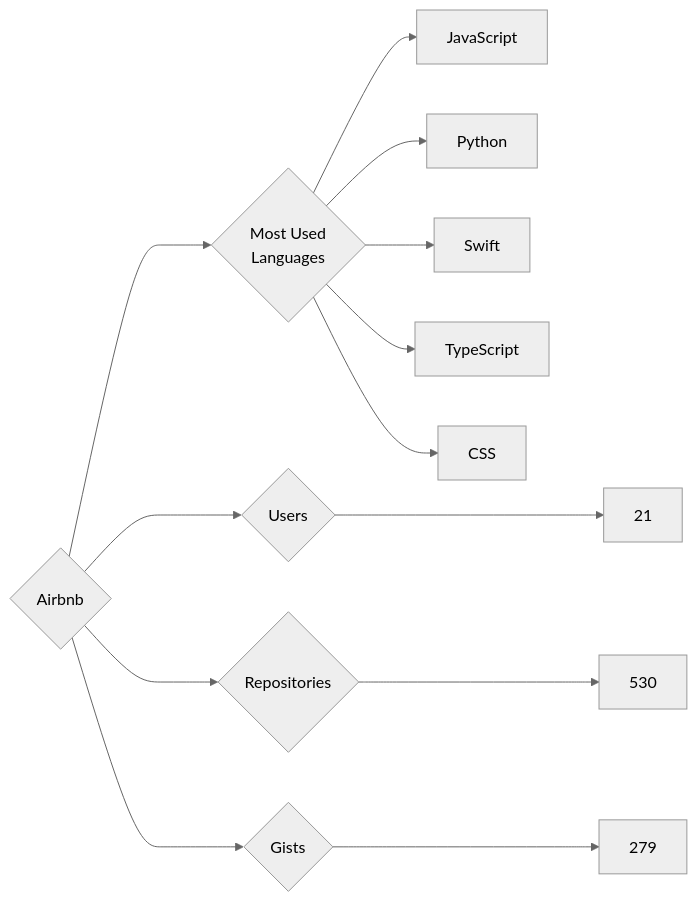
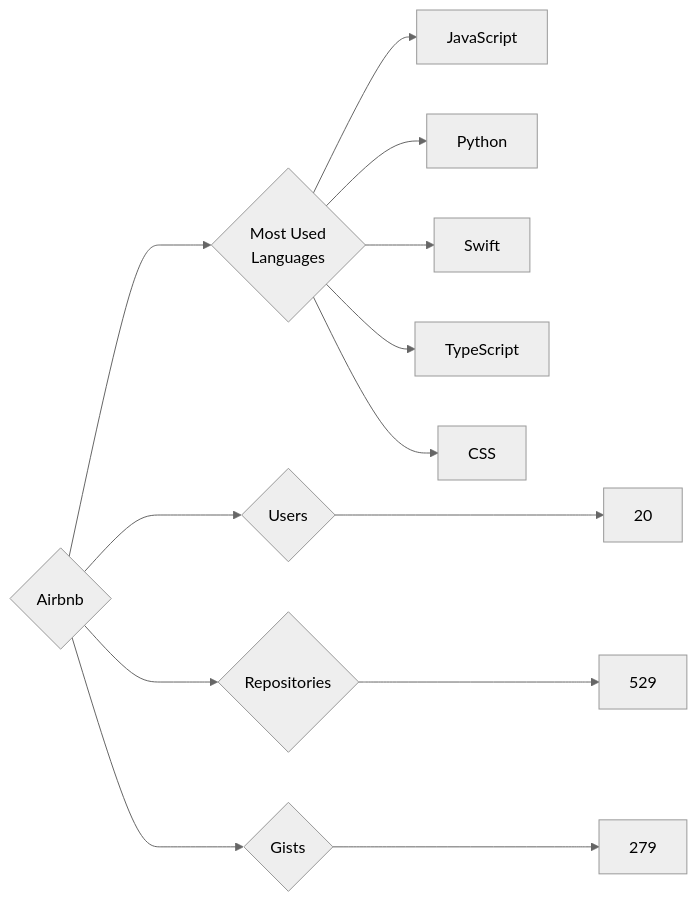
One commit to trickest/insiders changed the diagram in targets/Airbnb/README.md. Above: the diagram before and after it, drawn with Mermaid (neutral theme). The commit also changed 944 other files, not shown here.

````diff
--- a/targets/Airbnb/README.md
+++ b/targets/Airbnb/README.md
@@ -3,13 +3,13 @@
 ```mermaid
 graph LR
 COMPANY_NAME{Airbnb}
-COMPANY_NAME ---> U{Users} ---> UN[21]
-COMPANY_NAME ---> R{Repositories} ---> RN[530]
+COMPANY_NAME ---> U{Users} ---> UN[20]
+COMPANY_NAME ---> R{Repositories} ---> RN[529]
 COMPANY_NAME ---> G{Gists} ---> GN[279]
 COMPANY_NAME ---> ML{Most Used<br>Languages}
 ML --> JavaScript[JavaScript]
 ML --> Python[Python]
 ML --> Swift[Swift]
 ML --> TypeScript[TypeScript]
 ML --> CSS[CSS]
 ```
````
